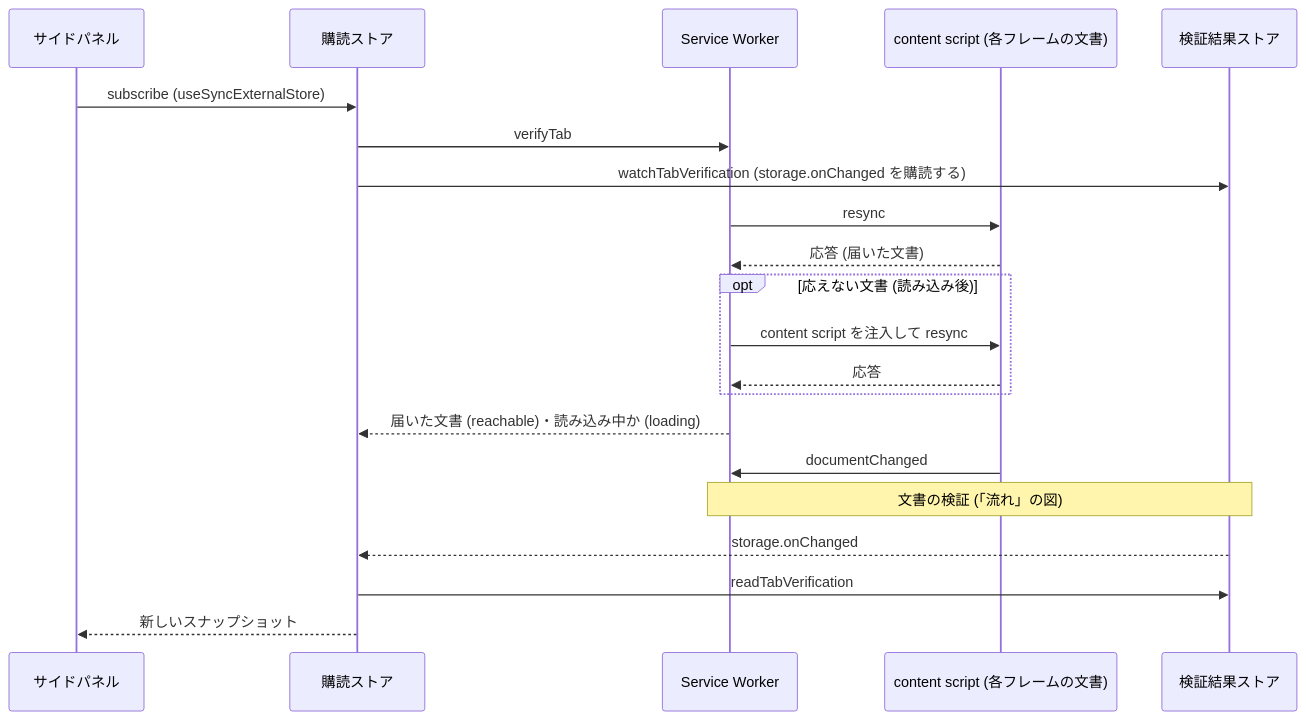
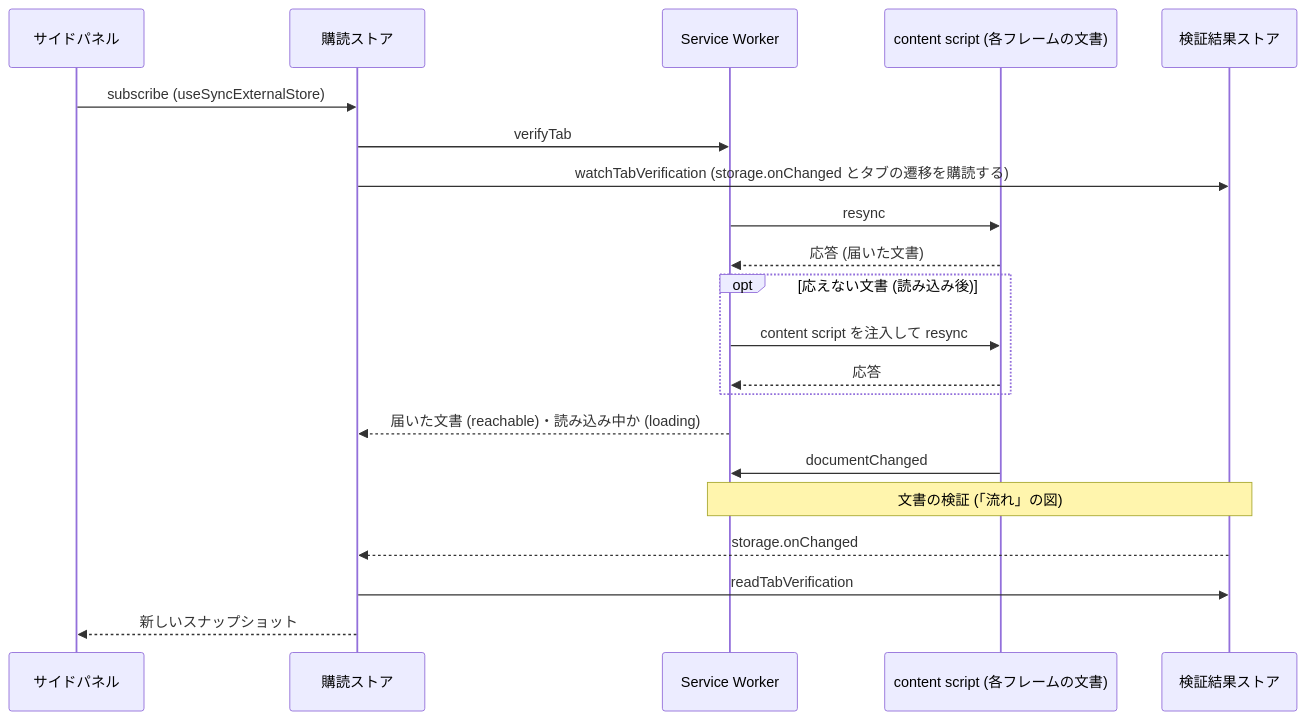
One commit to originator-profile/originator-profile changed the second of 2 diagrams in packages/extension-common/src/verification/README.md. Above: the diagram before and after it, drawn with Mermaid. The commit also changed other lines of this file, not shown here.

````diff
--- a/packages/extension-common/src/verification/README.md
+++ b/packages/extension-common/src/verification/README.md
@@ -189,24 +201,24 @@
 ```mermaid
 sequenceDiagram
 participant Panel as サイドパネル
 participant Sub as 購読ストア
 participant SW as Service Worker
 participant CS as content script (各フレームの文書)
 participant Store as 検証結果ストア
 
 Panel->>Sub: subscribe (useSyncExternalStore)
 Sub->>SW: verifyTab
-Sub->>Store: watchTabVerification (storage.onChanged を購読する)
+Sub->>Store: watchTabVerification (storage.onChanged とタブの遷移を購読する)
 SW->>CS: resync
 CS-->>SW: 応答 (届いた文書)
 opt 応えない文書 (読み込み後)
   SW->>CS: content script を注入して resync
   CS-->>SW: 応答
 end
 SW-->>Sub: 届いた文書 (reachable)・読み込み中か (loading)
 CS->>SW: documentChanged
 Note over SW,Store: 文書の検証 (「流れ」の図)
 Store-->>Sub: storage.onChanged
 Sub->>Store: readTabVerification
 Sub-->>Panel: 新しいスナップショット
 ```
````
